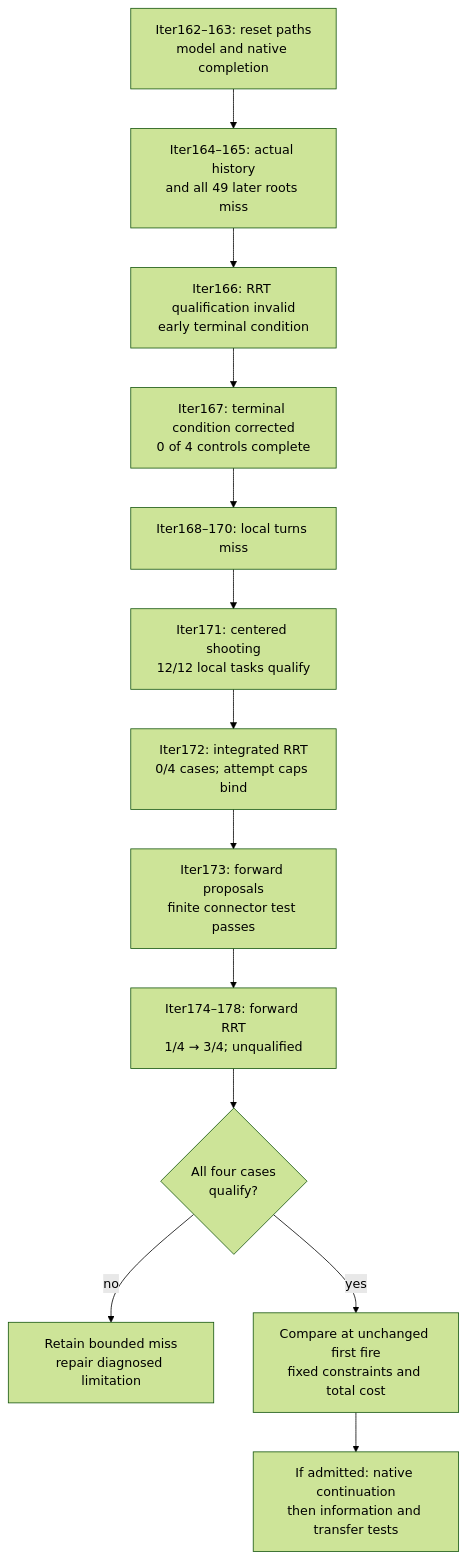
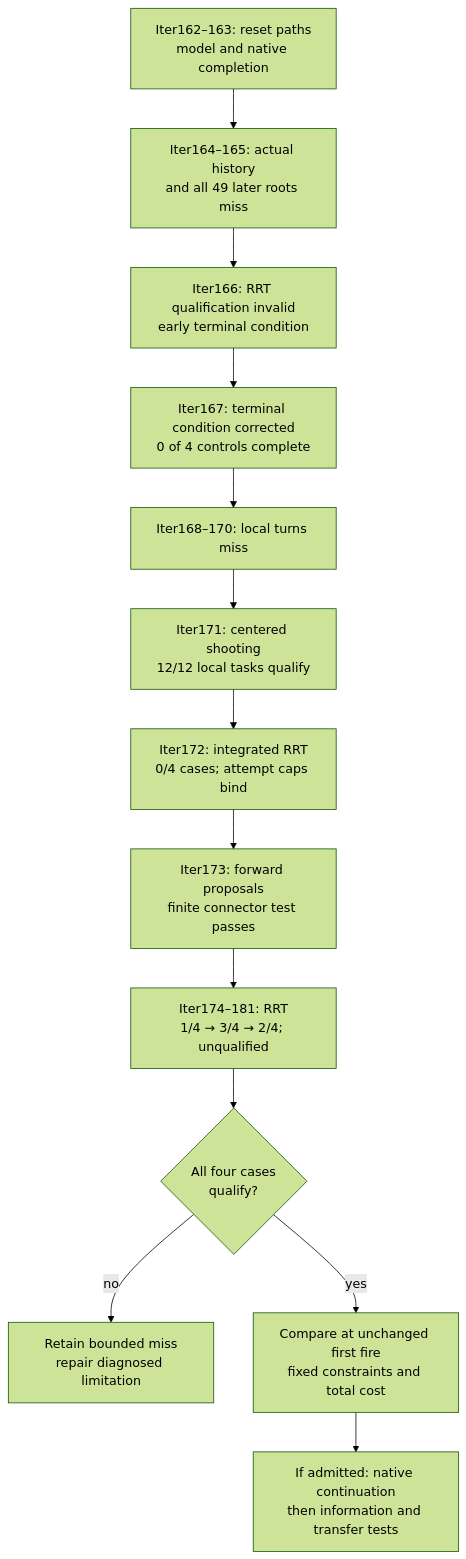
The third of 3 diagrams in README.md (manfromnowhere143/sentinel), drawn with Mermaid (forest theme) before and after one commit. The commit also changed other lines of this file and 9 other files, not shown here.

````diff
--- a/README.md
+++ b/README.md
@@ -990,17 +1018,17 @@
 ```mermaid
 flowchart TB
   accTitle: Separate search competence from intervention timing
   accDescr: Finite source misses and failed adapter qualification do not prove unrecoverability.
   S["Iter162–163: reset paths<br/>model and native completion"] --> B["Iter164–165: actual history<br/>and all 49 later roots miss"]
   B --> Q["Iter166: RRT qualification invalid<br/>early terminal condition"]
   Q --> C["Iter167: terminal condition corrected<br/>0 of 4 controls complete"]
   C --> D["Iter168–170: local turns miss"]
   D --> E["Iter171: centered shooting<br/>12/12 local tasks qualify"]
   E --> F["Iter172: integrated RRT<br/>0/4 cases; attempt caps bind"]
   F --> P["Iter173: forward proposals<br/>finite connector test passes"]
-  P --> U["Iter174–178: forward RRT<br/>1/4 → 3/4; unqualified"]
+  P --> U["Iter174–181: RRT<br/>1/4 → 3/4 → 2/4; unqualified"]
   U --> A{"All four cases<br/>qualify?"}
   A -- "no" --> N["Retain bounded miss<br/>repair diagnosed limitation"]
   A -- "yes" --> R["Compare at unchanged first fire<br/>fixed constraints and total cost"]
   R --> W["If admitted: native continuation<br/>then information and transfer tests"]
 ```
````
